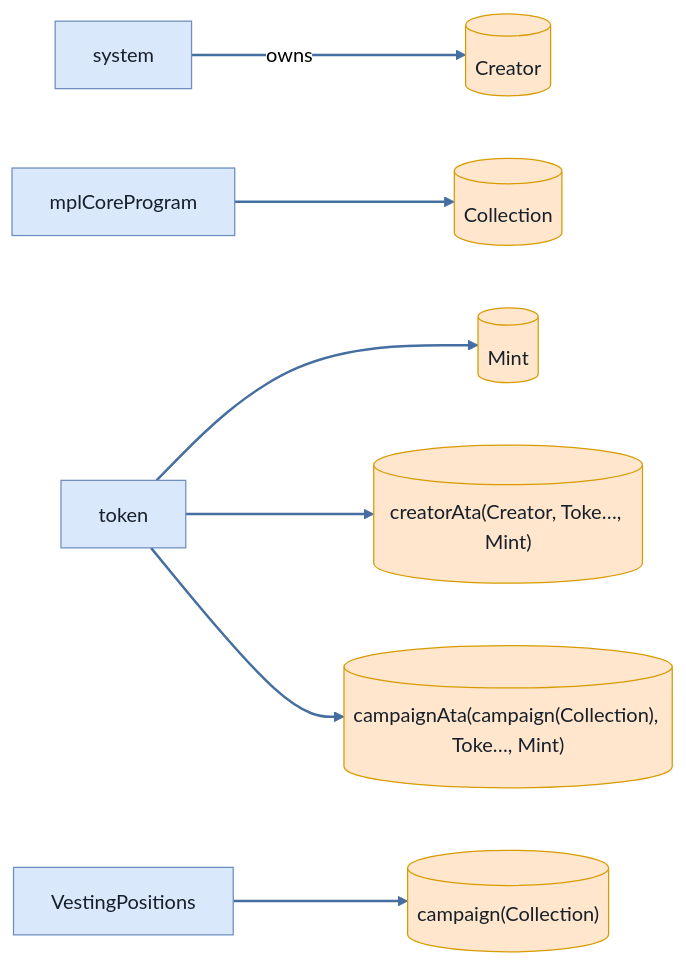
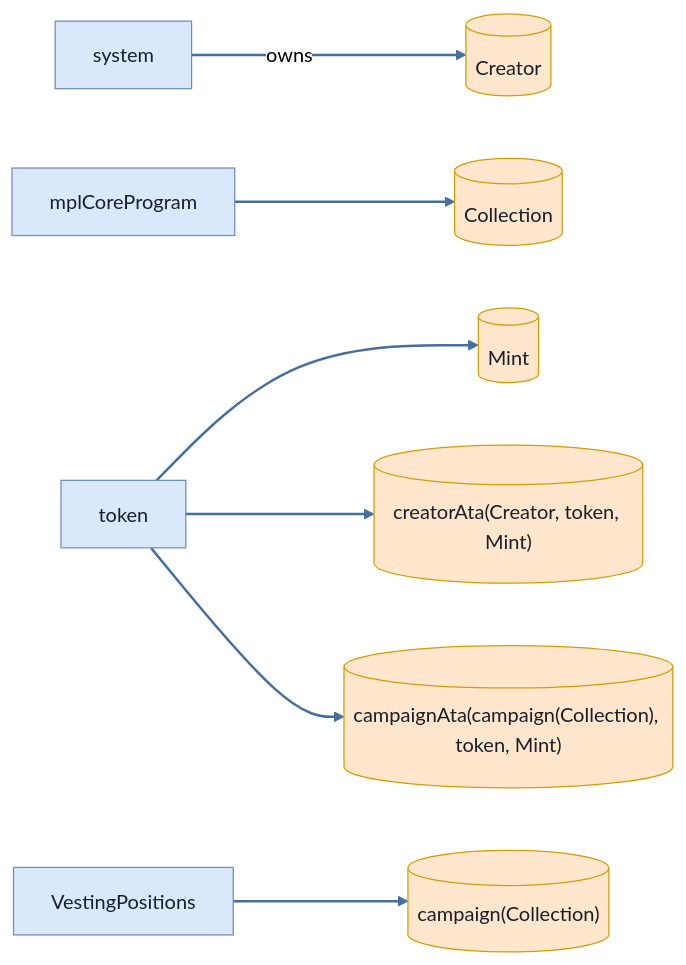
The third of 6 diagrams in babelfish-tests/test-report/scenario_10_claim_before_start_fails.md (cds-turbin3/vesting-position), drawn with Mermaid (neutral theme) before and after one commit. The commit also changed other lines of this file and 104 other files, not shown here.

````diff
--- a/babelfish-tests/test-report/scenario_10_claim_before_start_fails.md
+++ b/babelfish-tests/test-report/scenario_10_claim_before_start_fails.md
@@ -150,23 +150,23 @@
 ```mermaid
 flowchart LR
     system["system"]:::program
     Creator[("Creator")]:::state
     mplCoreProgram["mplCoreProgram"]:::program
     Collection[("Collection")]:::state
     token["token"]:::program
     Mint[("Mint")]:::state
-    creatorAtaCreatorTokeMint[("creatorAta(Creator, Toke…, Mint)")]:::state
+    creatorAtaCreatortokenMint[("creatorAta(Creator, token, Mint)")]:::state
     VestingPositions["VestingPositions"]:::program
     campaignCollection[("campaign(Collection)")]:::state
-    campaignAtacampaignCollectionTokeMint[("campaignAta(campaign(Collection), Toke…, Mint)")]:::state
+    campaignAtacampaignCollectiontokenMint[("campaignAta(campaign(Collection), token, Mint)")]:::state
     system -->|owns| Creator
     mplCoreProgram --> Collection
     token --> Mint
-    token --> creatorAtaCreatorTokeMint
+    token --> creatorAtaCreatortokenMint
     VestingPositions --> campaignCollection
-    token --> campaignAtacampaignCollectionTokeMint
+    token --> campaignAtacampaignCollectiontokenMint
     classDef program fill:#dae8fc,stroke:#6c8ebf,color:#17202a;
     classDef signer fill:#d5e8d4,stroke:#82b366,color:#17202a;
     classDef state fill:#ffe6cc,stroke:#d79b00,color:#17202a;
     linkStyle 0,1,2,3,4,5 stroke:#456ea1,stroke-width:2px
 ```
````
